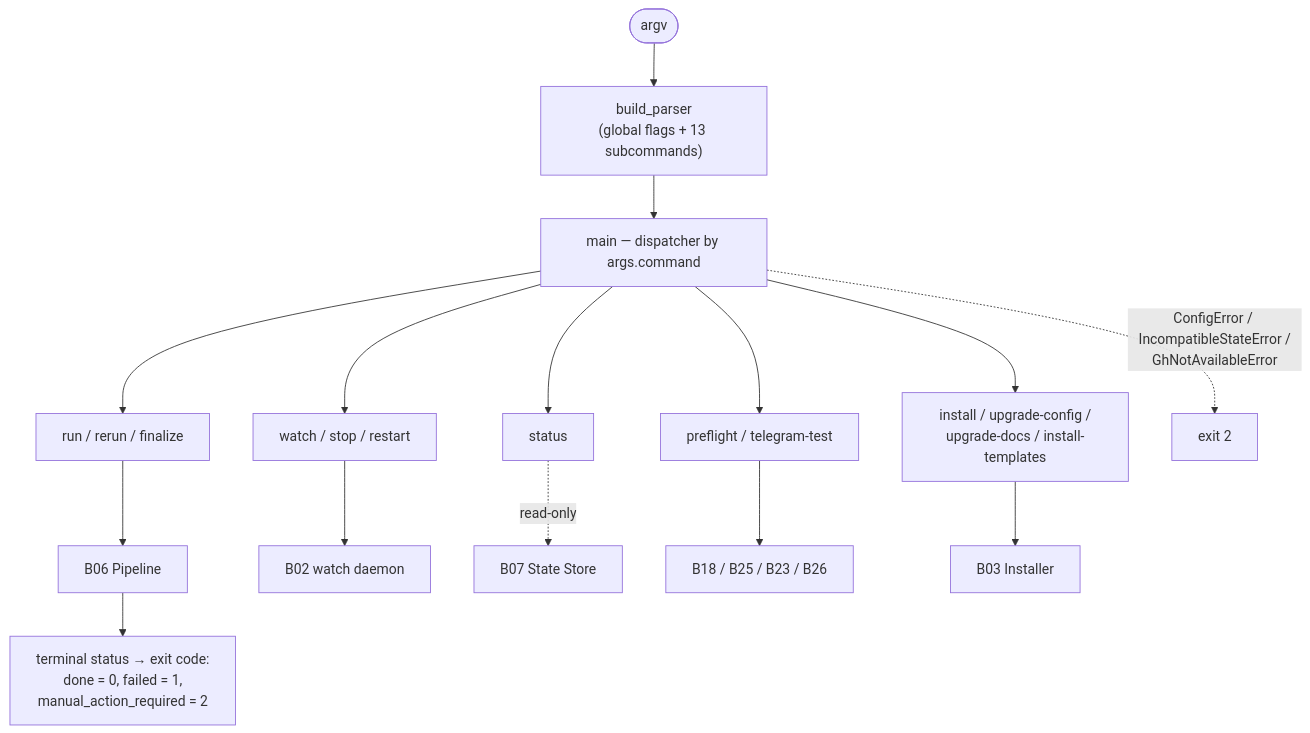
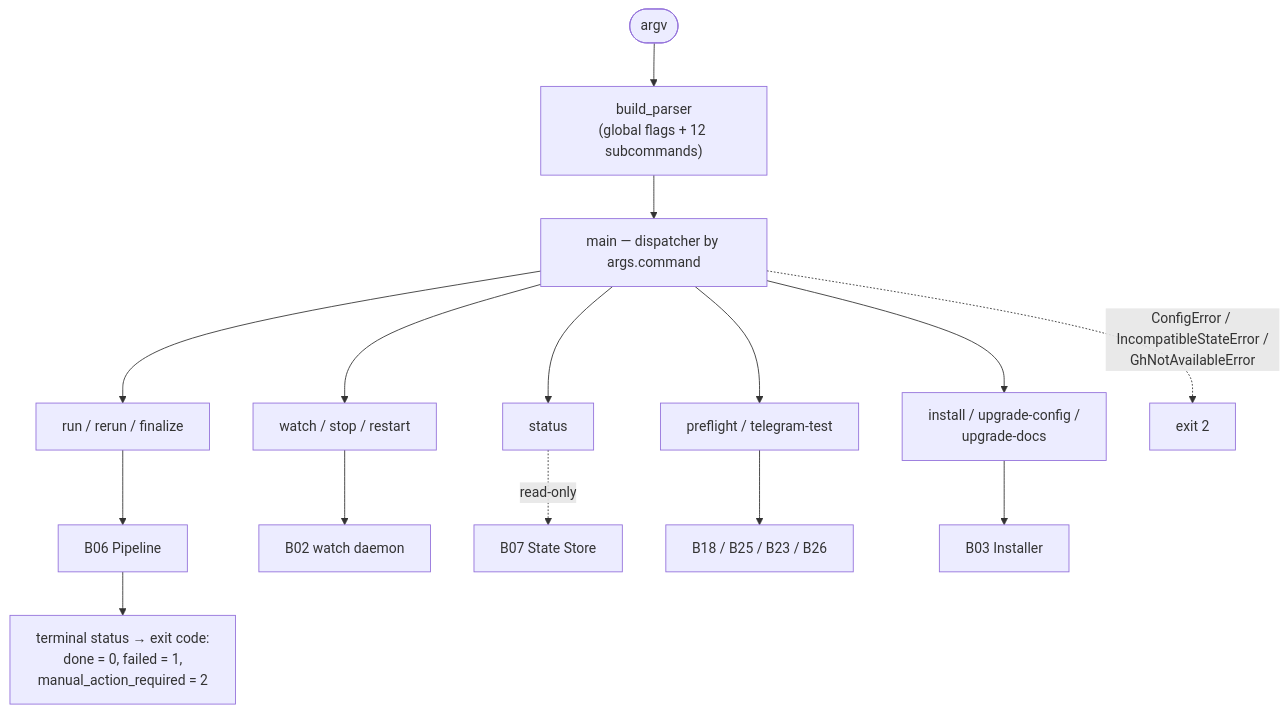
One commit to VladimirMakarevich/wastech-orchestrator changed the diagram in docs/functional/blocks/B01-cli-and-operator-commands.md. Above: the diagram before and after it, drawn with Mermaid. The commit also changed other lines of this file and 31 other files, not shown here.

````diff
--- a/docs/functional/blocks/B01-cli-and-operator-commands.md
+++ b/docs/functional/blocks/B01-cli-and-operator-commands.md
@@ -45,20 +45,20 @@
 ```mermaid
 flowchart TB
-    argv(["argv"]) --> parser["build_parser<br/>(global flags + 13 subcommands)"]
+    argv(["argv"]) --> parser["build_parser<br/>(global flags + 12 subcommands)"]
     parser --> main["main — dispatcher by args.command"]
 
     main --> c_run["run / rerun / finalize"]
     main --> c_watch["watch / stop / restart"]
     main --> c_status["status"]
     main --> c_diag["preflight / telegram-test"]
-    main --> c_inst["install / upgrade-config /<br/>upgrade-docs / install-templates"]
+    main --> c_inst["install / upgrade-config /<br/>upgrade-docs"]
 
     c_run --> B06["B06 Pipeline"]
     c_watch --> B02["B02 watch daemon"]
     c_status -.->|"read-only"| B07["B07 State Store"]
     c_diag --> svc["B18 / B25 / B23 / B26"]
     c_inst --> B03["B03 Installer"]
 
     B06 --> codes["terminal status → exit code:<br/>done = 0, failed = 1,<br/>manual_action_required = 2"]
     main -.->|"ConfigError / IncompatibleStateError /<br/>GhNotAvailableError"| err2["exit 2"]
 ```
````
